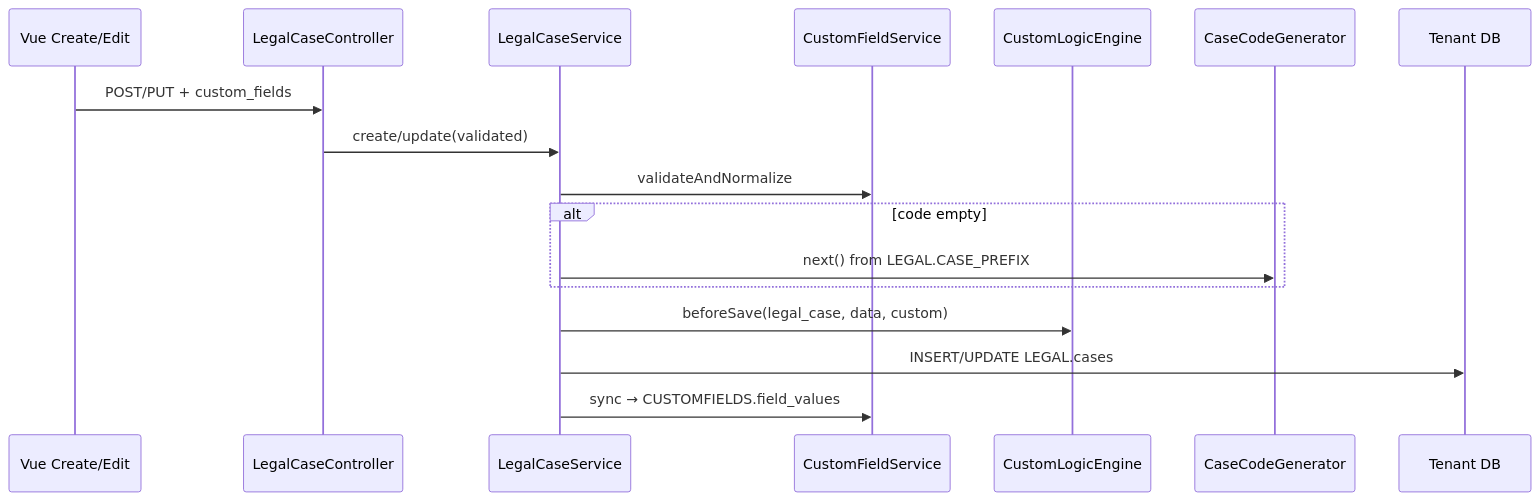
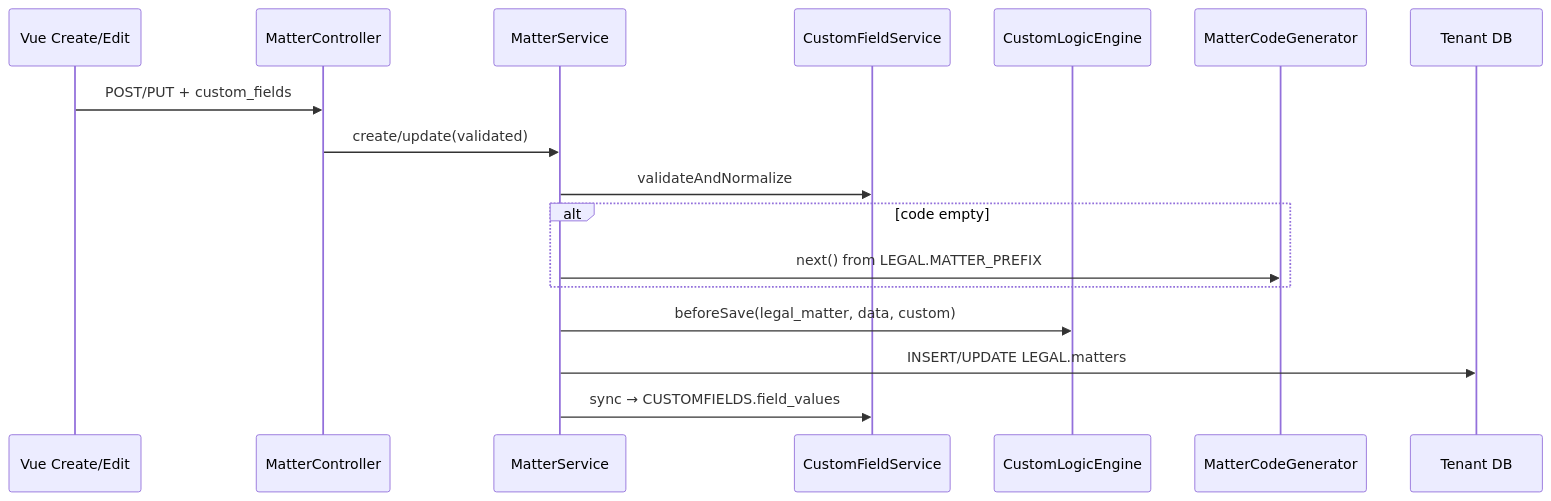
Before and after one commit to andrych17/qualiv_project: the diagram in ARCHITECTURE.md, drawn with Mermaid. The commit also changed other lines of this file and 145 other files, not shown here.

````diff
--- a/ARCHITECTURE.md
+++ b/ARCHITECTURE.md
@@ -161,20 +164,20 @@
 ```mermaid
 sequenceDiagram
   participant UI as Vue Create/Edit
-  participant Ctrl as LegalCaseController
-  participant Svc as LegalCaseService
+  participant Ctrl as MatterController
+  participant Svc as MatterService
   participant CF as CustomFieldService
   participant Logic as CustomLogicEngine
-  participant Code as CaseCodeGenerator
+  participant Code as MatterCodeGenerator
   participant DB as Tenant DB
 
   UI->>Ctrl: POST/PUT + custom_fields
   Ctrl->>Svc: create/update(validated)
   Svc->>CF: validateAndNormalize
   alt code empty
-    Svc->>Code: next() from LEGAL.CASE_PREFIX
+    Svc->>Code: next() from LEGAL.MATTER_PREFIX
   end
-  Svc->>Logic: beforeSave(legal_case, data, custom)
-  Svc->>DB: INSERT/UPDATE LEGAL.cases
+  Svc->>Logic: beforeSave(legal_matter, data, custom)
+  Svc->>DB: INSERT/UPDATE LEGAL.matters
   Svc->>CF: sync → CUSTOMFIELDS.field_values
 ```
````
